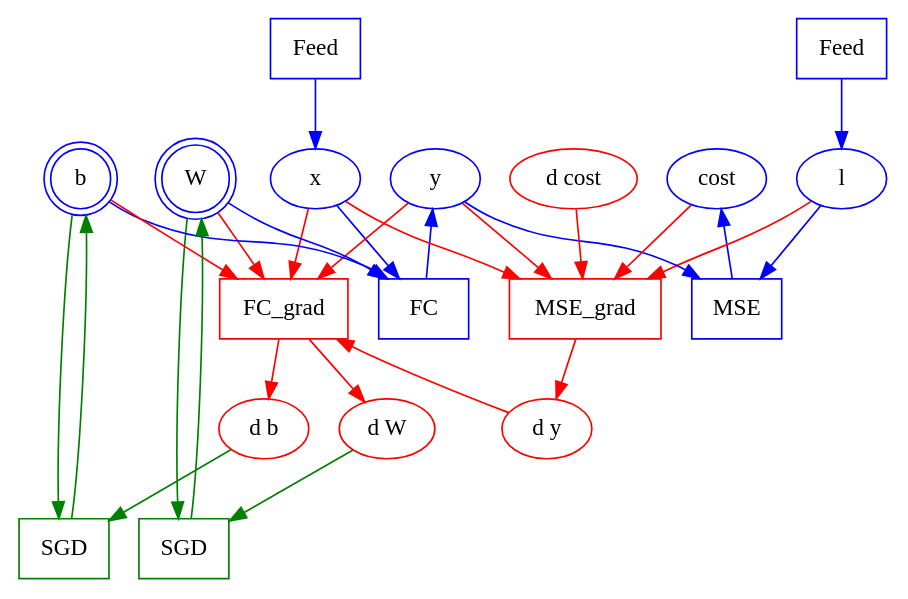
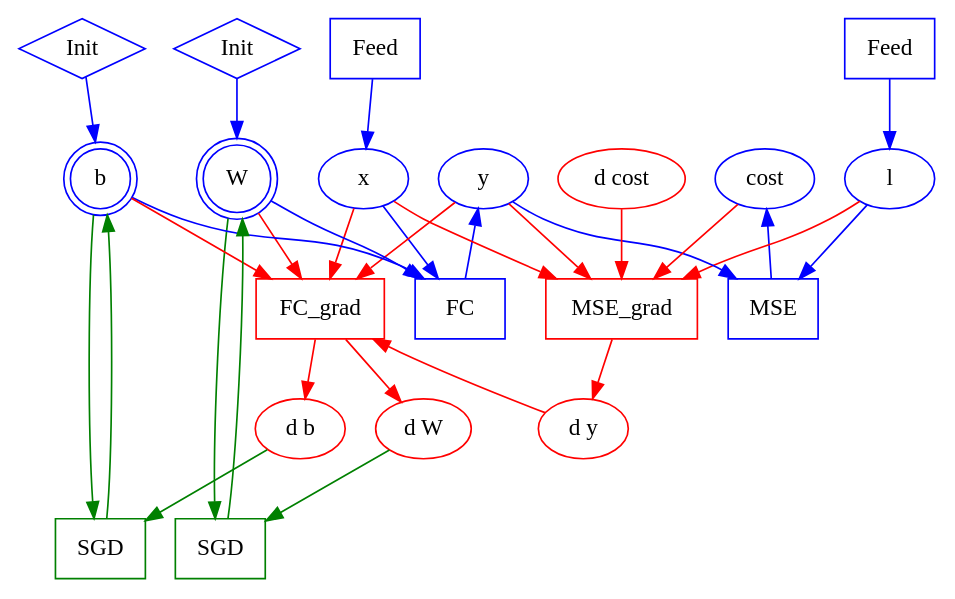
The diagram in doc/design/images/graph_construction_example.dot (PaddlePaddle/Paddle), drawn with Graphviz before and after one commit. The commit also changed 4 other files, not shown here.

```diff
--- a/doc/design/images/graph_construction_example.dot
+++ b/doc/design/images/graph_construction_example.dot
@@ -1,65 +1,69 @@
 digraph ImageClassificationGraph {
         ///////// The forward part /////////
         FeedX [label="Feed", color=blue, shape=box];
         FeedY [label="Feed", color=blue, shape=box];
+        InitW [label="Init", color=blue, shape=diamond];
+        Initb [label="Init", color=blue, shape=diamond];
         FC [label="FC", color=blue, shape=box];
         MSE [label="MSE", color=blue, shape=box];
 
         x [label="x", color=blue, shape=oval];
         l [label="l", color=blue, shape=oval];
         y [label="y", color=blue, shape=oval];
         W [label="W", color=blue, shape=doublecircle];
         b [label="b", color=blue, shape=doublecircle];
         cost [label="cost", color=blue, shape=oval];
 
         FeedX -> x -> FC -> y -> MSE -> cost [color=blue];
         FeedY -> l [color=blue];
+        InitW -> W [color=blue];
+        Initb -> b [color=blue];
         W -> FC [color=blue];
         b -> FC [color=blue];
         l -> MSE [color=blue];
 
         ////////// The backward part /////////
         MSE_Grad [label="MSE_grad", color=red, shape=box];
         FC_Grad [label="FC_grad", color=red, shape=box];
 
         d_cost [label="d cost", color=red, shape=oval];
         d_y [label="d y", color=red, shape=oval];
         d_b [label="d b", color=red, shape=oval];
         d_W [label="d W", color=red, shape=oval];
 
         cost -> MSE_Grad [color=red];
         d_cost -> MSE_Grad [color=red];
         x -> MSE_Grad [color=red];
         l -> MSE_Grad [color=red];
         y -> MSE_Grad -> d_y [color=red];
 
         x -> FC_Grad [color=red];
         y -> FC_Grad [color=red];
         d_y -> FC_Grad [color=red];
         W -> FC_Grad -> d_W [color=red];
         b -> FC_Grad -> d_b [color=red];
 
         ////////// The optimizaiton part //////////
 
         OPT_W [label="SGD", color=green, shape=box];
         OPT_b [label="SGD", color=green, shape=box];
 
         W -> OPT_W [color=green];
         b -> OPT_b [color=green];
         d_W -> OPT_W -> W [color=green];
         d_b -> OPT_b -> b [color=green];
 
         ////////// Groupings //////////
 
         subgraph clusterMSE {
                 style=invis;
                 MSE;
                 MSE_Grad;
         }
 
         subgraph clusterFC {
                 style=invis;
                 FC;
                 FC_Grad;
         }
 }
```
